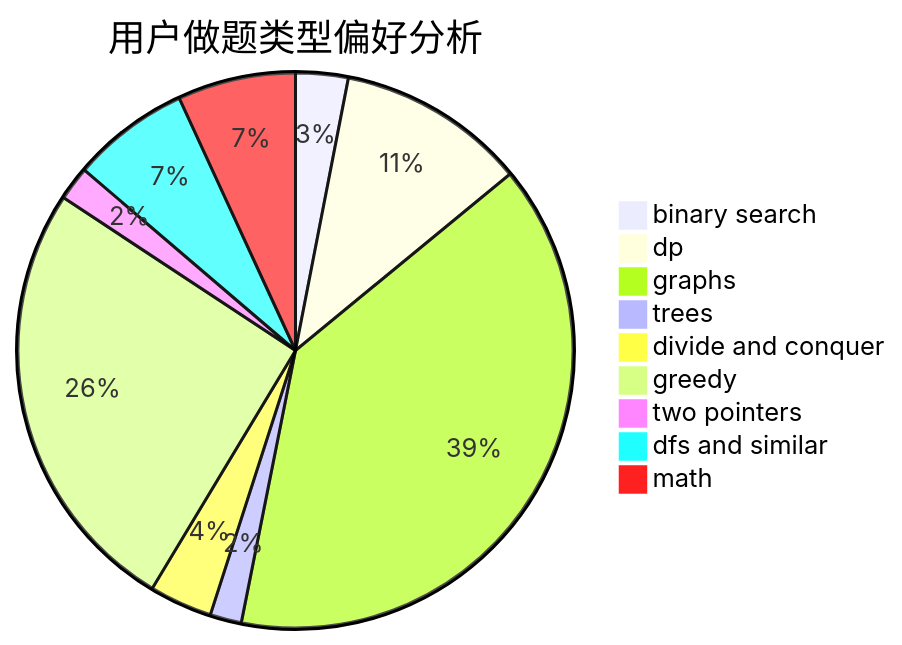
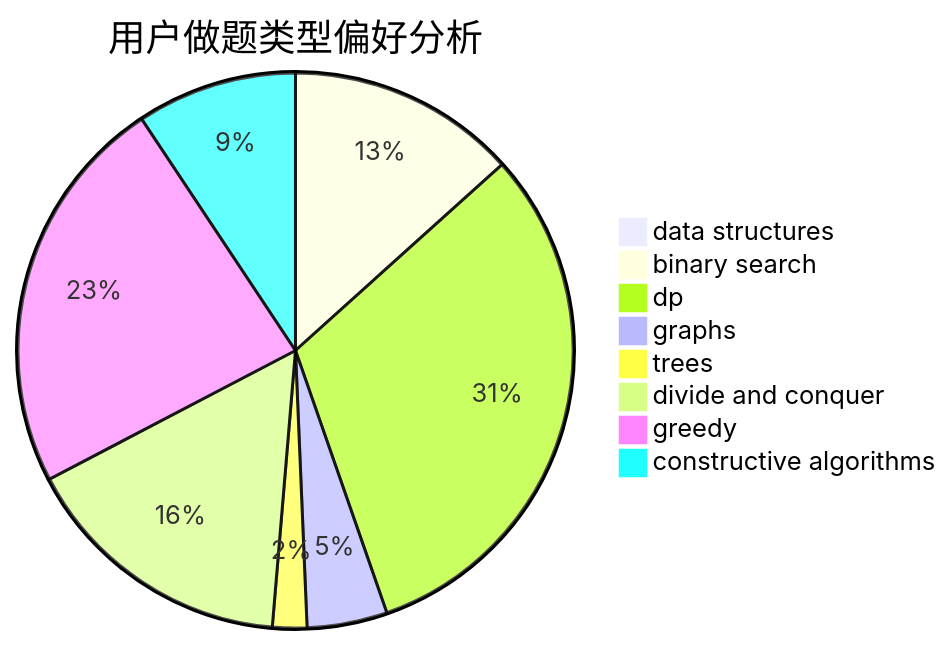
One commit to sherpahu/cfrs.github.io changed the second of 3 diagrams in docs/user/u1918.md. Above: the diagram before and after it, drawn with Mermaid. The commit also changed other lines of this file and 2775 other files, not shown here.

````diff
--- a/docs/user/u1918.md
+++ b/docs/user/u1918.md
@@ -23,12 +23,11 @@
 ```mermaid
 pie title 用户做题类型偏好分析
+    "data structures" :  1
     "binary search" :  20
-    "dp" :  72
-    "graphs" :  256
-    "trees" :  12
+    "dp" :  47
+    "graphs" :  7
+    "trees" :  3
     "divide and conquer" :  24
-    "greedy" :  168
-    "two pointers" :  13
-    "dfs and similar" :  45
-    "math" :  45
+    "greedy" :  35
+    "constructive algorithms" :  14
 ```
````
